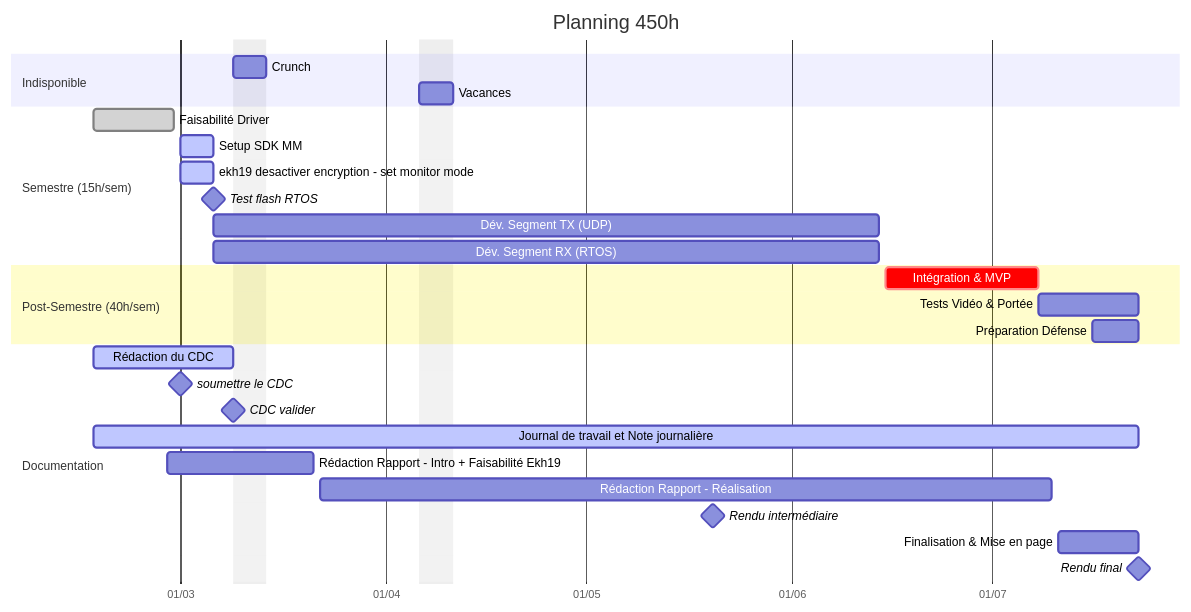
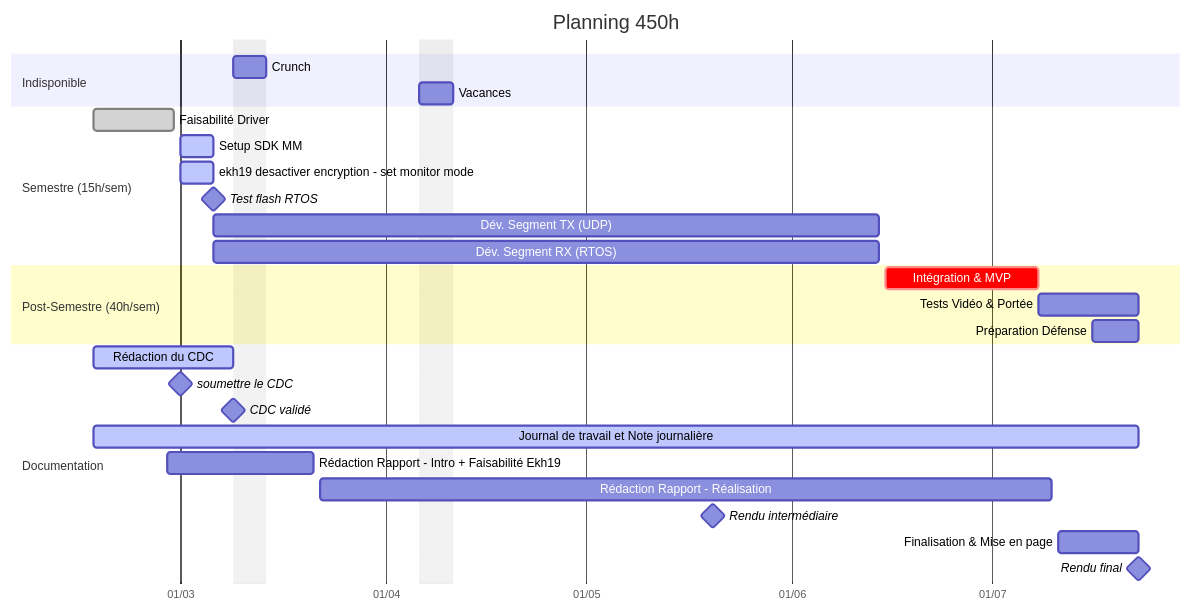
Before and after one commit to TschantzN/doc-bachelore-2026: the diagram in JOURNAL/JOURNAL_DE_TRAVAIL.md, drawn with Mermaid.

Commit message:
update journal

````diff
--- a/JOURNAL/JOURNAL_DE_TRAVAIL.md
+++ b/JOURNAL/JOURNAL_DE_TRAVAIL.md
@@ -28,38 +28,38 @@
 ```mermaid
 gantt
     title Planning 450h
     dateFormat  YYYY-MM-DD
     axisFormat  %d/%m
 
     excludes 2026-03-09,2026-03-10,2026-03-11,2026-03-12,2026-03-13,2026-04-06,2026-04-07,2026-04-08,2026-04-09,2026-04-10
     
     section Indisponible
     Crunch      :2026-03-09, 2026-03-14
     Vacances    :2026-04-06, 2026-04-11
 
     section Semestre (15h/sem)
     Faisabilité Driver :done, p1, 2026-02-16, 2026-02-28
     Setup SDK MM       :active, p1, 2026-02-29, 2026-03-06
     ekh19 desactiver encryption - set monitor mode :active, p1, 2026-02-29, 2026-03-06
     Test flash RTOS    :milestone ,2026-03-06, 0d
 
     Dév. Segment TX (UDP)    : tx1,2026-03-06, 2026-06-14
     Dév. Segment RX (RTOS)   :rx1, 2026-03-06, 2026-06-14
 
     section Post-Semestre (40h/sem)
     Intégration & MVP        :crit, int1, 2026-06-15, 2026-07-08
     Tests Vidéo & Portée     :int2, 2026-07-08, 2026-07-23
     Préparation Défense      :int3, 2026-07-16, 2026-07-23
 
     section Documentation
     Rédaction du CDC         :active, doc1, 2026-02-16, 2026-03-09
     soumettre le CDC         :milestone ,2026-03-01, 0d
-    CDC valider              :milestone ,2026-03-09, 0d
+    CDC validé               :milestone ,2026-03-09, 0d
 
     Journal de travail et Note journalière :active, doc2, 2026-02-16, 2026-07-23
     Rédaction Rapport - Intro + Faisabilité Ekh19 :doc3, 2026-02-27, 2026-03-21
     Rédaction Rapport - Réalisation :doc4, 2026-03-22, 2026-07-10
     Rendu intermédiaire         :milestone ,2026-05-20, 0d
     Finalisation & Mise en page :doc5, 2026-07-11, 2026-07-23
     Rendu final                 :milestone ,2026-07-23, 0d
 ```
````
